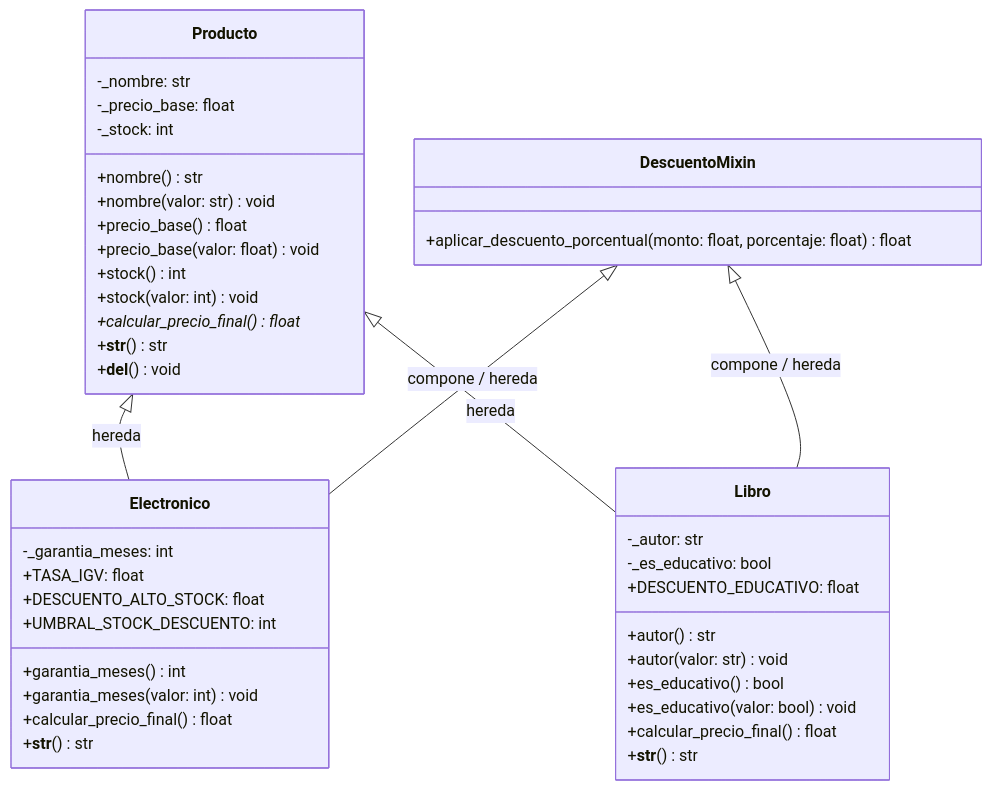
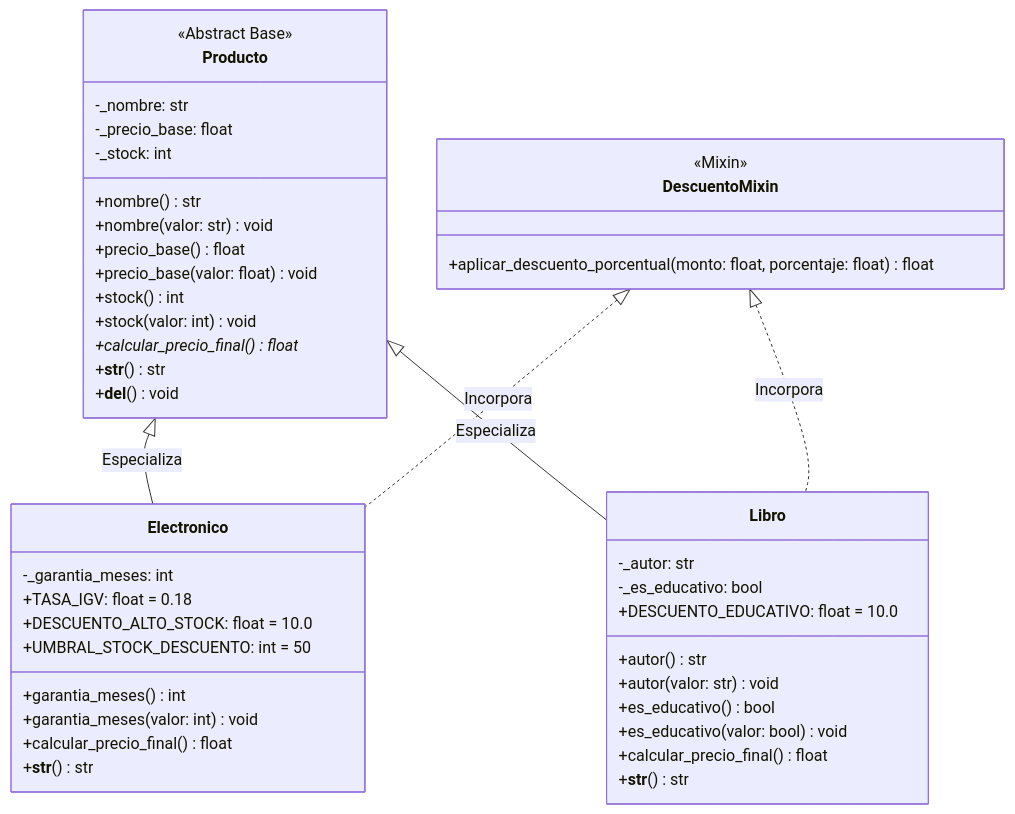
The diagram in README.md (devjuancarlos10/SEMANA-10---PRACTICA--DAW---01), drawn with Mermaid before and after one commit. The commit also changed other lines of this file and 1 other file, not shown here.

````diff
--- a/README.md
+++ b/README.md
@@ -34,49 +63,53 @@
 ```mermaid
 classDiagram
+    direction TB
+
     class DescuentoMixin {
+        <<Mixin>>
         +aplicar_descuento_porcentual(monto: float, porcentaje: float) float
     }
 
     class Producto {
+        <<Abstract Base>>
         -_nombre: str
         -_precio_base: float
         -_stock: int
         +nombre() str
         +nombre(valor: str) void
         +precio_base() float
         +precio_base(valor: float) void
         +stock() int
         +stock(valor: int) void
         +calcular_precio_final()* float
         +__str__() str
         +__del__() void
     }
 
     class Electronico {
         -_garantia_meses: int
-        +TASA_IGV: float
-        +DESCUENTO_ALTO_STOCK: float
-        +UMBRAL_STOCK_DESCUENTO: int
+        +TASA_IGV: float = 0.18
+        +DESCUENTO_ALTO_STOCK: float = 10.0
+        +UMBRAL_STOCK_DESCUENTO: int = 50
         +garantia_meses() int
         +garantia_meses(valor: int) void
         +calcular_precio_final() float
         +__str__() str
     }
 
     class Libro {
         -_autor: str
         -_es_educativo: bool
-        +DESCUENTO_EDUCATIVO: float
+        +DESCUENTO_EDUCATIVO: float = 10.0
         +autor() str
         +autor(valor: str) void
         +es_educativo() bool
         +es_educativo(valor: bool) void
         +calcular_precio_final() float
         +__str__() str
     }
 
-    Producto <|-- Electronico : hereda
-    DescuentoMixin <|-- Electronico : compone / hereda
-    Producto <|-- Libro : hereda
-    DescuentoMixin <|-- Libro : compone / hereda
+    Producto <|-- Electronico : Especializa
+    DescuentoMixin <|.. Electronico : Incorpora
+    Producto <|-- Libro : Especializa
+    DescuentoMixin <|.. Libro : Incorpora
 ```
````
